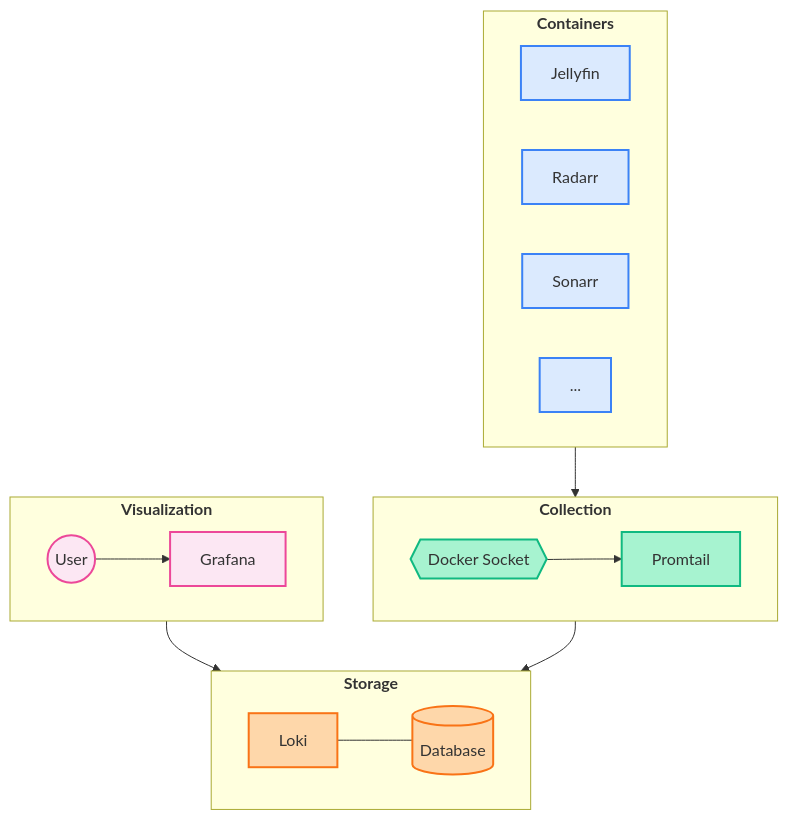
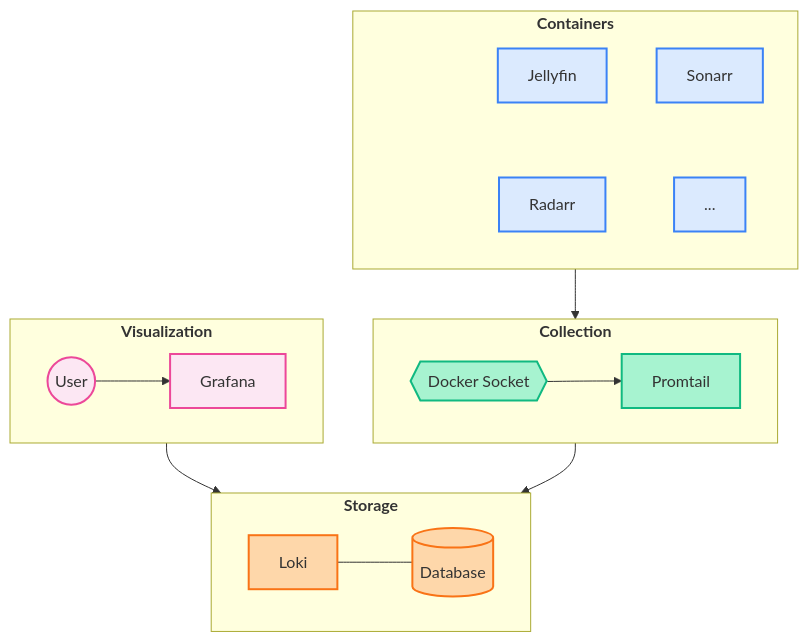
One commit to Mykyta-Home-Server/homeserver changed the first of 3 diagrams in docs-site/src/content/docs/guides/monitoring.mdx. Above: the diagram before and after it, drawn with Mermaid. The commit also changed other lines of this file and 1 other file, not shown here.

First line of the commit message:
Redesign diagrams: compact grid layouts with minimal whitespace

````diff
--- a/docs-site/src/content/docs/guides/monitoring.mdx
+++ b/docs-site/src/content/docs/guides/monitoring.mdx
@@ -12,45 +12,54 @@
 ```mermaid
 flowchart TB
     subgraph containers["`**Containers**`"]
-        direction LR
+        direction TB
+        row1_c[" "]
+        row2_c[" "]
         C1@{ shape: rect, label: "Jellyfin" }
         C2@{ shape: rect, label: "Radarr" }
         C3@{ shape: rect, label: "Sonarr" }
         C4@{ shape: rect, label: "..." }
+
+        row1_c ~~~ row2_c
+        C1 ~~~ C2
+        C3 ~~~ C4
     end
 
     subgraph collection["`**Collection**`"]
         direction LR
         Socket@{ shape: hex, label: "Docker Socket" }
         Promtail@{ shape: rect, label: "Promtail" }
     end
 
     subgraph storage["`**Storage**`"]
         direction LR
         Loki@{ shape: rect, label: "Loki" }
         Data@{ shape: cyl, label: "Database" }
     end
 
     subgraph viz["`**Visualization**`"]
         direction LR
         User@{ shape: circle, label: "User" }
         Grafana@{ shape: rect, label: "Grafana" }
     end
 
     containers --> Socket
     Socket --> Promtail
     Promtail --> Loki
     Loki --- Data
     User --> Grafana
     Grafana --> Loki
 
+    style row1_c fill:none,stroke:none
+    style row2_c fill:none,stroke:none
+
     classDef containerStyle fill:#dbeafe,stroke:#3b82f6,stroke-width:2px
     classDef collectionStyle fill:#a7f3d0,stroke:#10b981,stroke-width:2px
     classDef storageStyle fill:#fed7aa,stroke:#f97316,stroke-width:2px
     classDef vizStyle fill:#fce7f3,stroke:#ec4899,stroke-width:2px
 
     class C1,C2,C3,C4 containerStyle
     class Socket,Promtail collectionStyle
     class Loki,Data storageStyle
     class Grafana,User vizStyle
 ```
````
